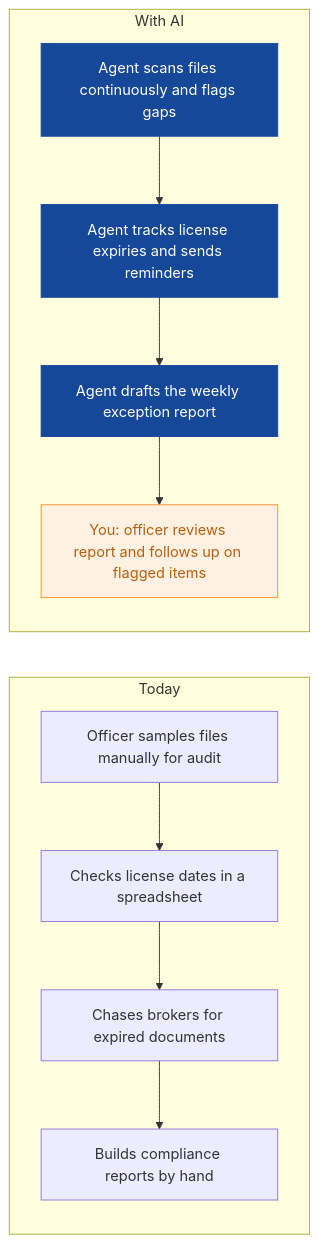
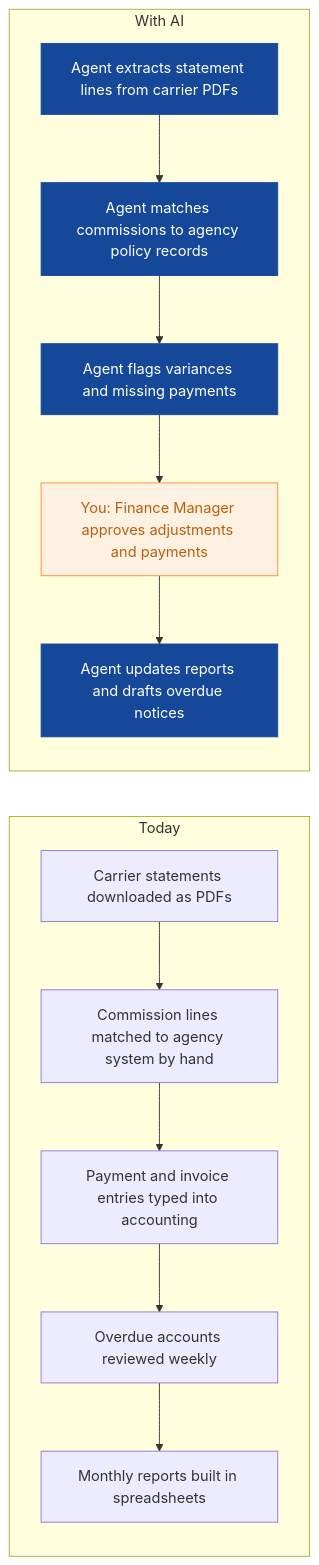
The eighth of 9 diagrams in strategies/clearpath-insurance-brokers.md (nexibeo/Complete-AI-Strategy), drawn with Mermaid before and after one commit. The commit also changed other lines of this file and 26 other files, not shown here.

````diff
--- a/strategies/clearpath-insurance-brokers.md
+++ b/strategies/clearpath-insurance-brokers.md
@@ -241,21 +256,23 @@
 ```mermaid
 flowchart LR
   subgraph Today
-    B0["Officer samples files manually for audit"]
-    B1["Checks license dates in a spreadsheet"]
-    B2["Chases brokers for expired documents"]
-    B3["Builds compliance reports by hand"]
-    B0 --> B1 --> B2 --> B3
+    B0["Carrier statements downloaded as PDFs"]
+    B1["Commission lines matched to agency system by hand"]
+    B2["Payment and invoice entries typed into accounting"]
+    B3["Overdue accounts reviewed weekly"]
+    B4["Monthly reports built in spreadsheets"]
+    B0 --> B1 --> B2 --> B3 --> B4
   end
   subgraph WithAI[With AI]
-    A0["Agent scans files continuously and flags gaps"]
-    A1["Agent tracks license expiries and sends reminders"]
-    A2["Agent drafts the weekly exception report"]
-    A3["You: officer reviews report and follows up on flagged items"]
-    A0 --> A1 --> A2 --> A3
+    A0["Agent extracts statement lines from carrier PDFs"]
+    A1["Agent matches commissions to agency policy records"]
+    A2["Agent flags variances and missing payments"]
+    A3["You: Finance Manager approves adjustments and payments"]
+    A4["Agent updates reports and drafts overdue notices"]
+    A0 --> A1 --> A2 --> A3 --> A4
   end
   classDef ai fill:#154899,color:#fff,stroke:#154899
   classDef human fill:#FFF1E2,color:#B8600F,stroke:#F98F2C
-  class A0,A1,A2 ai
+  class A0,A1,A2,A4 ai
   class A3 human
 ```
````
